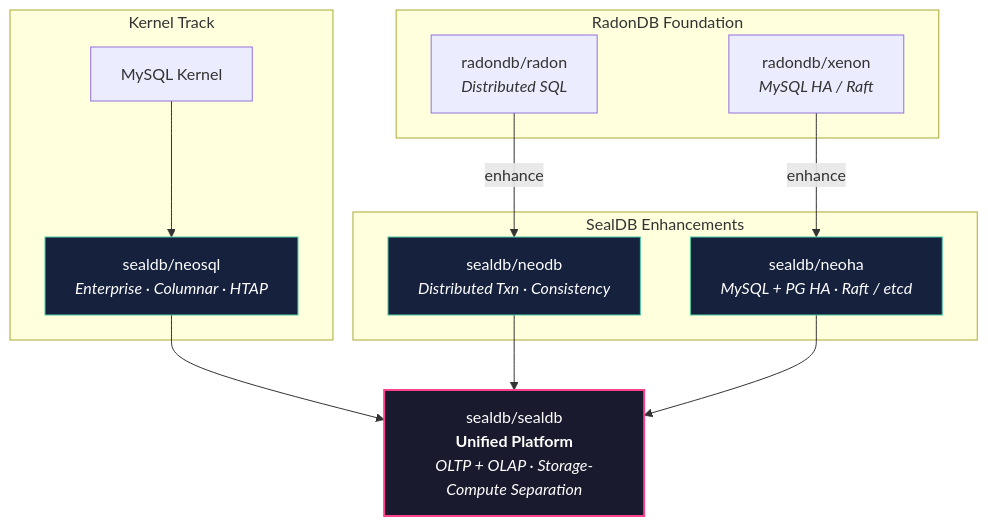
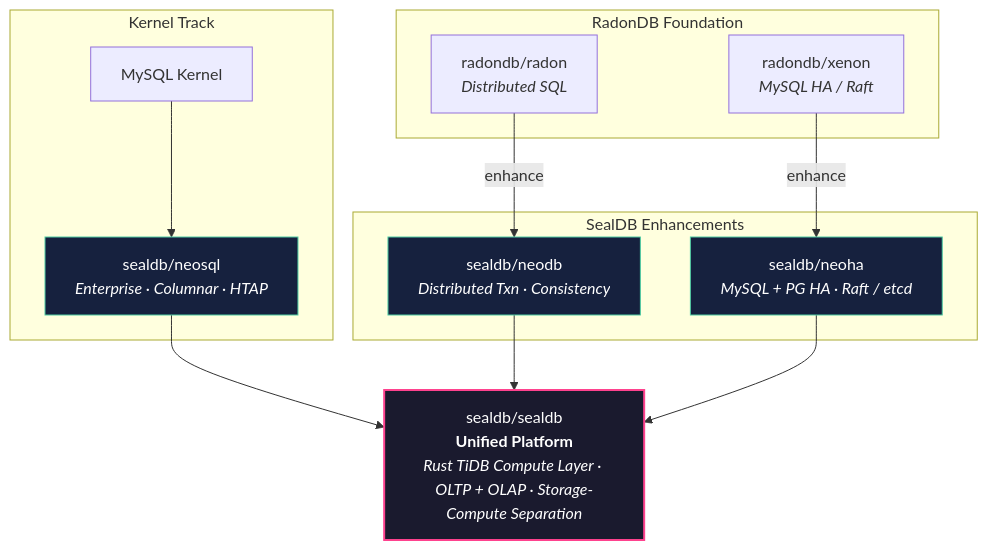
One commit to dbkernel/dbkernel changed the diagram in README.md. Above: the diagram before and after it, drawn with Mermaid. The commit also changed other lines of this file, not shown here.

````diff
--- a/README.md
+++ b/README.md
@@ -46,31 +51,31 @@
 ```mermaid
 flowchart TB
     subgraph Foundation["RadonDB Foundation"]
         radon["radondb/radon<br/><i>Distributed SQL</i>"]
         xenon["radondb/xenon<br/><i>MySQL HA / Raft</i>"]
     end
 
     subgraph Kernel["Kernel Track"]
         mysql["MySQL Kernel"]
         neosql["sealdb/neosql<br/><i>Enterprise · Columnar · HTAP</i>"]
     end
 
     subgraph SealDB["SealDB Enhancements"]
         neodb["sealdb/neodb<br/><i>Distributed Txn · Consistency</i>"]
         neoha["sealdb/neoha<br/><i>MySQL + PG HA · Raft / etcd</i>"]
     end
 
-    sealdb["sealdb/sealdb<br/><b>Unified Platform</b><br/><i>OLTP + OLAP · Storage-Compute Separation</i>"]
+    sealdb["sealdb/sealdb<br/><b>Unified Platform</b><br/><i>Rust TiDB Compute Layer · OLTP + OLAP · Storage-Compute Separation</i>"]
 
     mysql --> neosql
     radon -->|"enhance"| neodb
     xenon -->|"enhance"| neoha
     neosql --> sealdb
     neodb --> sealdb
     neoha --> sealdb
 
     style sealdb fill:#1a1a2e,stroke:#fe428e,stroke-width:2px,color:#fff
     style neosql fill:#16213e,stroke:#4ecca3,color:#fff
     style neodb fill:#16213e,stroke:#4ecca3,color:#fff
     style neoha fill:#16213e,stroke:#4ecca3,color:#fff
 ```
````
